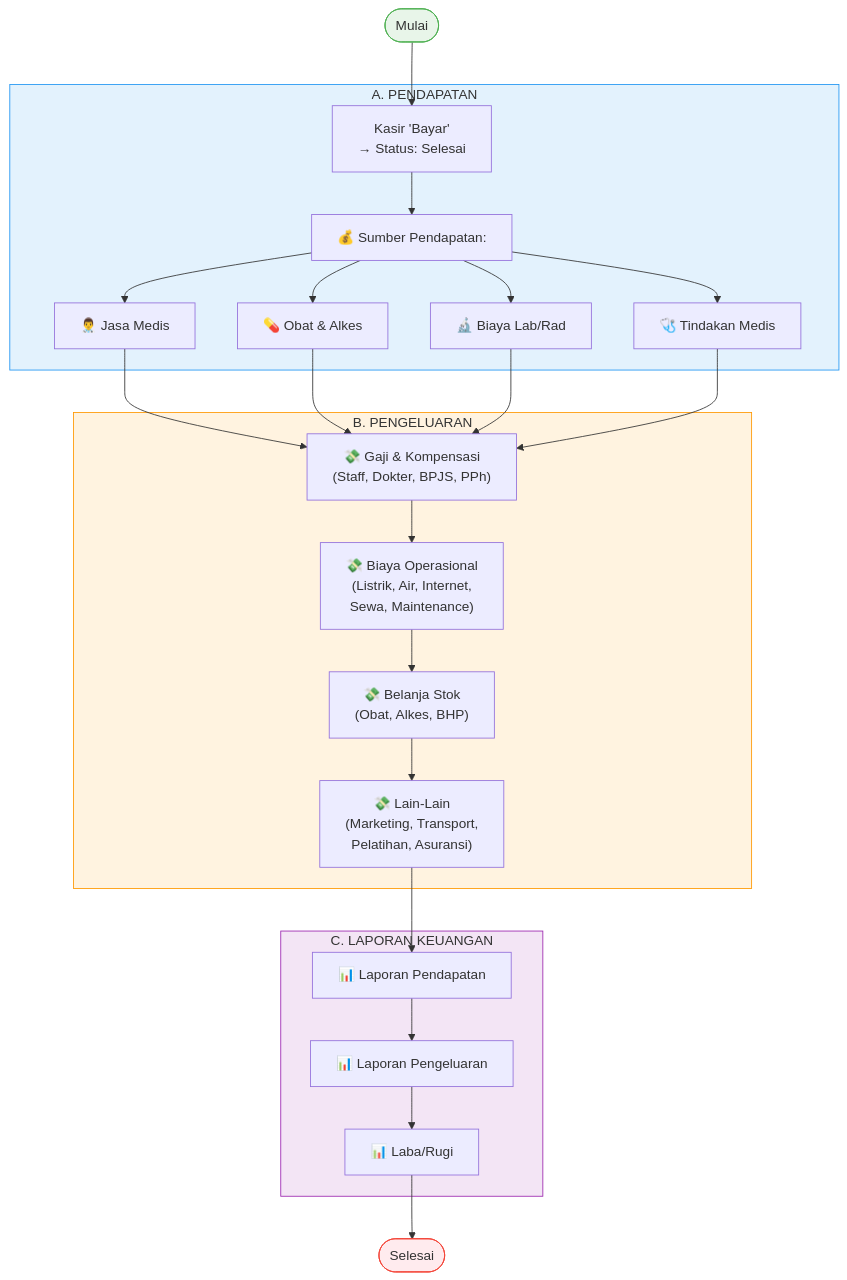
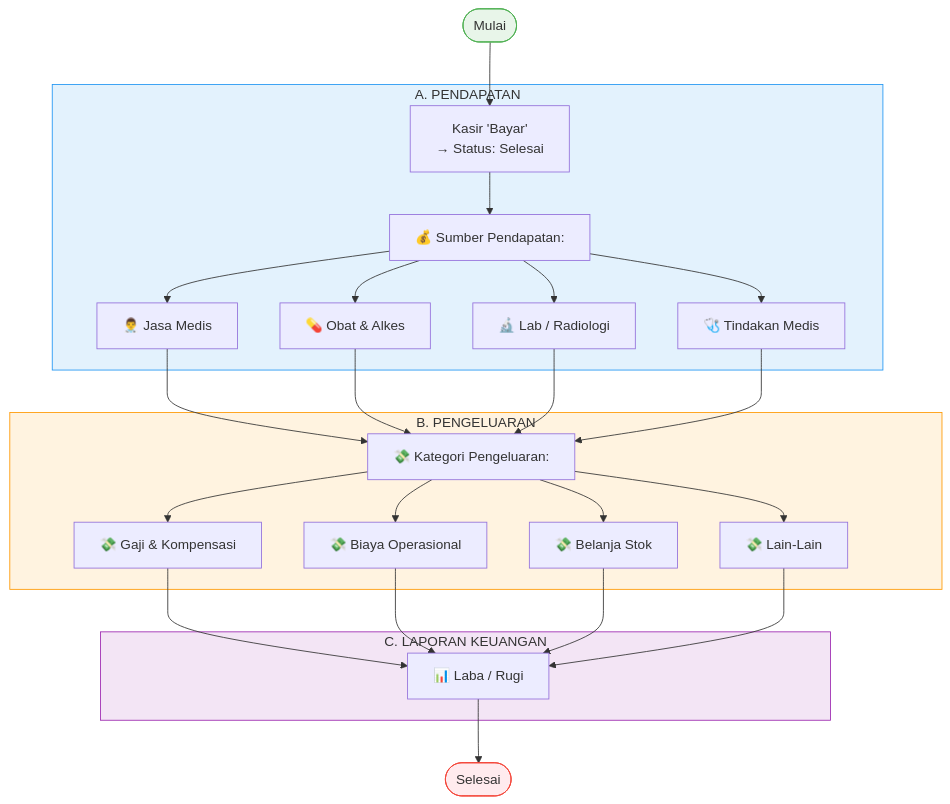
The diagram in Diagram/01-finance/pemasukan-dan-pengeluaran-klinik.mmd (mad-af/sim-clinic-documentation), drawn with Mermaid before and after one commit. The commit also changed 1 other file, not shown here.

Commit message:
Refactor keuangan: pembaruan diagram alur pemasukan/pengeluaran

```diff
--- a/Diagram/01-finance/pemasukan-dan-pengeluaran-klinik.mmd
+++ b/Diagram/01-finance/pemasukan-dan-pengeluaran-klinik.mmd
@@ -1,37 +1,35 @@
 flowchart TD
-    Start([Mulai]) --> A1
+    Start([Mulai]) --> A
 
-    %% ==================== A. PENDAPATAN ====================
     subgraph A_Pendapatan["A. PENDAPATAN"]
-        A1["Kasir 'Bayar'\n→ Status: Selesai"] --> A2["💰 Sumber Pendapatan:"]
-        A2 --> A3["👨‍⚕️ Jasa Medis"]
-        A2 --> A4["💊 Obat & Alkes"]
-        A2 --> A5["🔬 Biaya Lab/Rad"]
-        A2 --> A6["🩺 Tindakan Medis"]
+        A["Kasir 'Bayar'\n→ Status: Selesai"] --> A1["💰 Sumber Pendapatan:"]
+        A1 --> A2["👨‍⚕️ Jasa Medis"]
+        A1 --> A3["💊 Obat & Alkes"]
+        A1 --> A4["🔬 Lab / Radiologi"]
+        A1 --> A5["🩺 Tindakan Medis"]
     end
 
-    A3 & A4 & A5 & A6 --> B1
+    A2 & A3 & A4 & A5 --> B
 
-    %% ==================== B. PENGELUARAN ====================
     subgraph B_Pengeluaran["B. PENGELUARAN"]
-        B1["💸 Gaji & Kompensasi\n(Staff, Dokter, BPJS, PPh)"] --> B2["💸 Biaya Operasional\n(Listrik, Air, Internet,\nSewa, Maintenance)"]
-        B2 --> B3["💸 Belanja Stok\n(Obat, Alkes, BHP)"]
-        B3 --> B4["💸 Lain-Lain\n(Marketing, Transport,\nPelatihan, Asuransi)"]
+        B["💸 Kategori Pengeluaran:"]
+        B --> B1["💸 Gaji & Kompensasi"]
+        B --> B2["💸 Biaya Operasional"]
+        B --> B3["💸 Belanja Stok"]
+        B --> B4["💸 Lain-Lain"]
     end
 
-    B4 --> C1
+    B1 & B2 & B3 & B4 --> C
 
-    %% ==================== C. LAPORAN ====================
     subgraph C_Laporan["C. LAPORAN KEUANGAN"]
-        C1["📊 Laporan Pendapatan"] --> C2["📊 Laporan Pengeluaran"]
-        C2 --> C3["📊 Laba/Rugi"]
+        C["📊 Laba / Rugi"]
     end
 
-    C3 --> End([Selesai])
+    C --> End([Selesai])
 
     %% ==================== STYLES ====================
     style Start fill:#E8F5E9,stroke:#4CAF50
     style End fill:#FFEBEE,stroke:#F44336
     style A_Pendapatan fill:#E3F2FD,stroke:#2196F3
     style B_Pengeluaran fill:#FFF3E0,stroke:#FF9800
     style C_Laporan fill:#F3E5F5,stroke:#9C27B0
```
